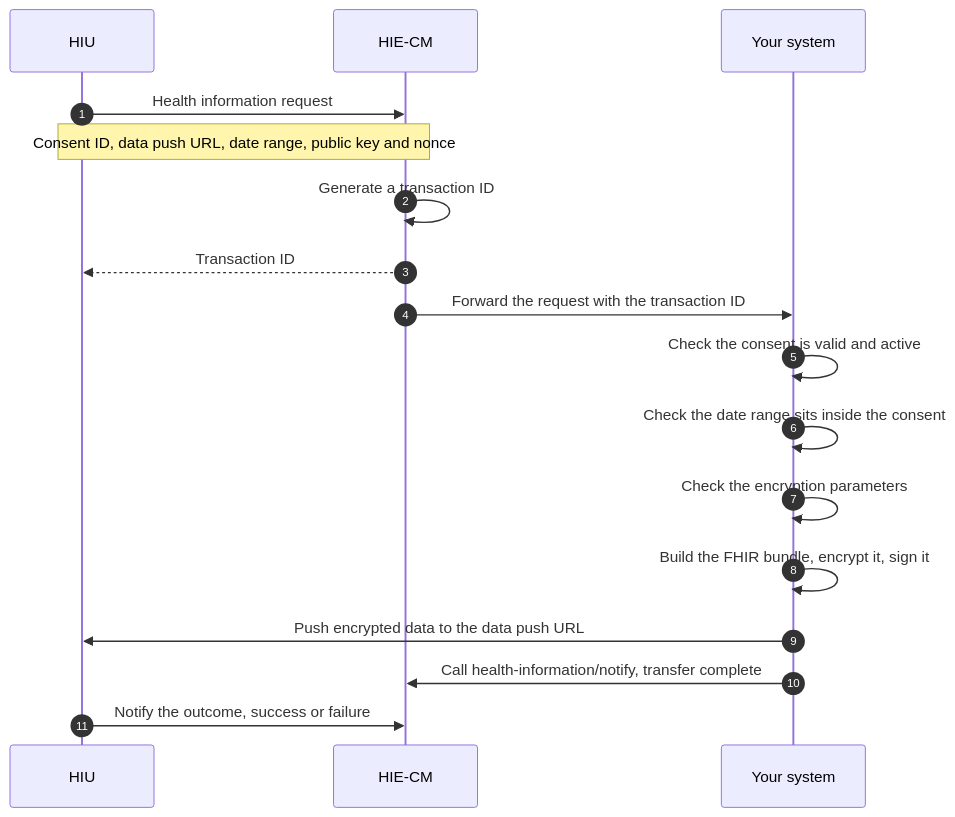
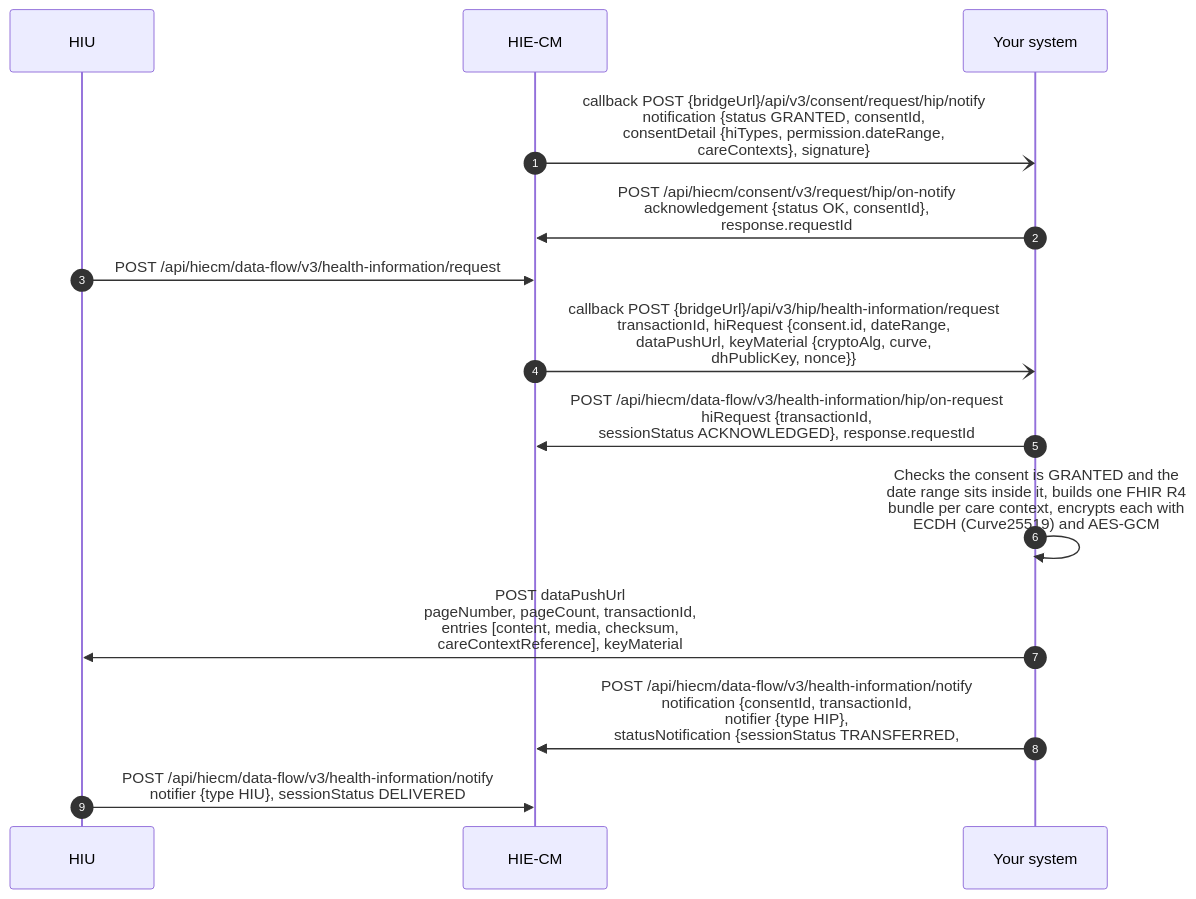
The third of 3 diagrams in site/docs/hiecm/v3/milestones/m2.mdx (nha-in/docs), drawn with Mermaid before and after one commit. The commit also changed other lines of this file and 4 other files, not shown here.

````diff
--- a/site/docs/hiecm/v3/milestones/m2.mdx
+++ b/site/docs/hiecm/v3/milestones/m2.mdx
@@ -208,19 +212,16 @@
 ```mermaid
 sequenceDiagram
     autonumber
     participant U as HIU
     participant CM as HIE-CM
     participant S as Your system
-    U->>CM: Health information request
-    Note over U,CM: Consent ID, data push URL, date range, public key and nonce
-    CM->>CM: Generate a transaction ID
-    CM-->>U: Transaction ID
-    CM->>S: Forward the request with the transaction ID
-    S->>S: Check the consent is valid and active
-    S->>S: Check the date range sits inside the consent
-    S->>S: Check the encryption parameters
-    S->>S: Build the FHIR bundle, encrypt it, sign it
-    S->>U: Push encrypted data to the data push URL
-    S->>CM: Call health-information/notify, transfer complete
-    U->>CM: Notify the outcome, success or failure
+    CM-)S: callback POST {bridgeUrl}/api/v3/consent/request/hip/notify<br/>notification {status GRANTED, consentId,<br/>consentDetail {hiTypes, permission.dateRange,<br/>careContexts}, signature}
+    S->>CM: POST /api/hiecm/consent/v3/request/hip/on-notify<br/>acknowledgement {status OK, consentId},<br/>response.requestId
+    U->>CM: POST /api/hiecm/data-flow/v3/health-information/request
+    CM-)S: callback POST {bridgeUrl}/api/v3/hip/health-information/request<br/>transactionId, hiRequest {consent.id, dateRange,<br/>dataPushUrl, keyMaterial {cryptoAlg, curve,<br/>dhPublicKey, nonce}}
+    S->>CM: POST /api/hiecm/data-flow/v3/health-information/hip/on-request<br/>hiRequest {transactionId,<br/>sessionStatus ACKNOWLEDGED}, response.requestId
+    S->>S: Checks the consent is GRANTED and the<br/>date range sits inside it, builds one FHIR R4<br/>bundle per care context, encrypts each with<br/>ECDH (Curve25519) and AES-GCM
+    S->>U: POST dataPushUrl<br/>pageNumber, pageCount, transactionId,<br/>entries [content, media, checksum,<br/>careContextReference], keyMaterial
+    S->>CM: POST /api/hiecm/data-flow/v3/health-information/notify<br/>notification {consentId, transactionId,<br/>notifier {type HIP},<br/>statusNotification {sessionStatus TRANSFERRED,
+    U->>CM: POST /api/hiecm/data-flow/v3/health-information/notify<br/>notifier {type HIU}, sessionStatus DELIVERED
 ```
````
